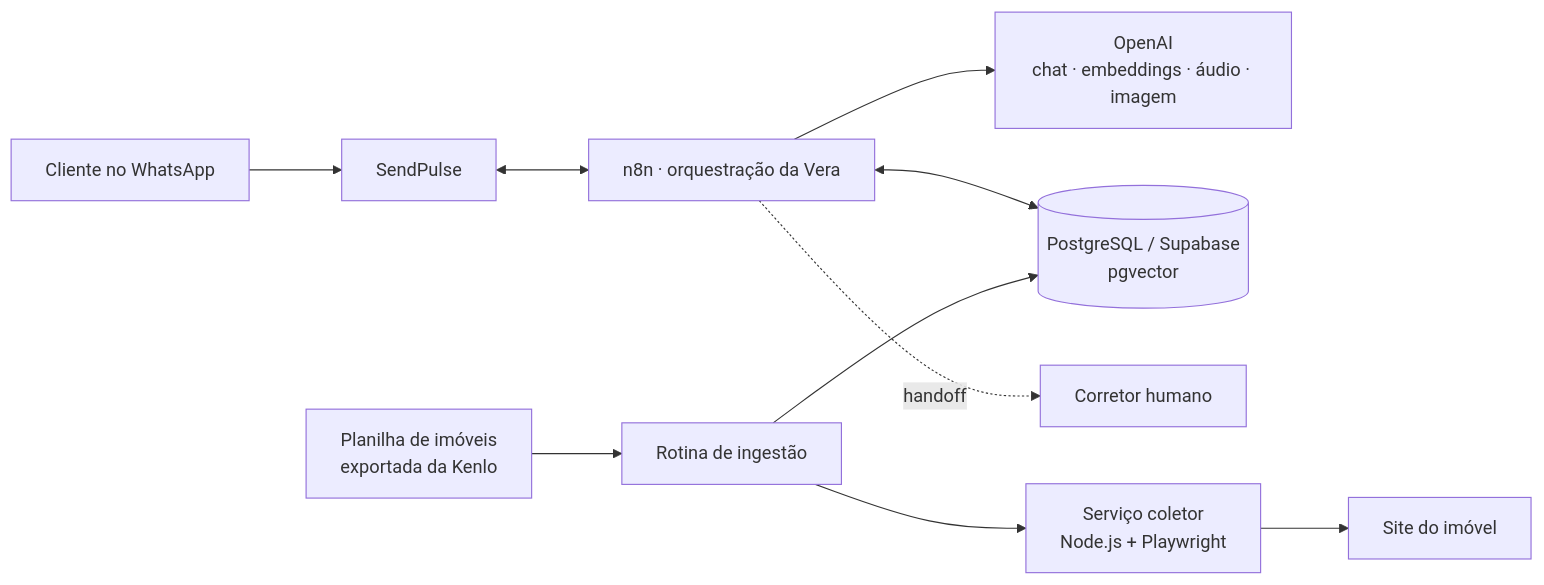
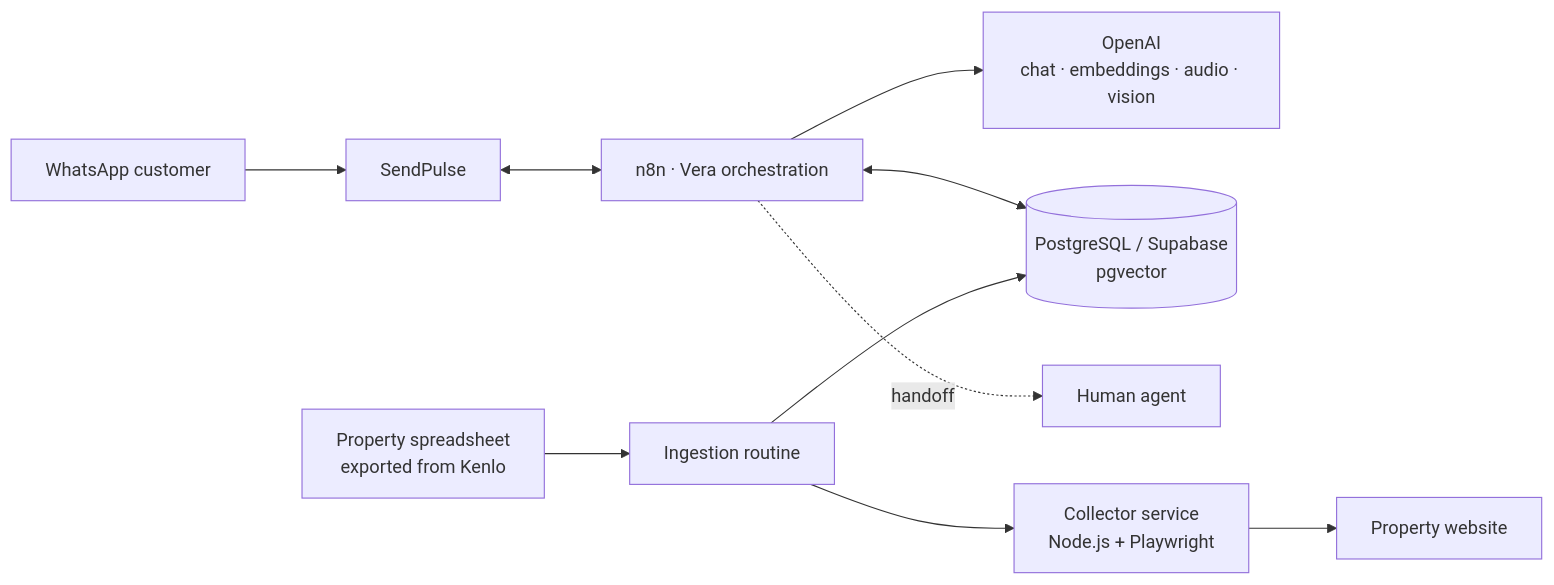
One commit to JoaoVitorCarvalhoPR/real-estate-ai-chatbot changed the diagram in README.md. Above: the diagram before and after it, drawn with Mermaid. The commit also changed other lines of this file, not shown here.

````diff
--- a/README.md
+++ b/README.md
@@ -17,14 +17,14 @@
 ```mermaid
 flowchart LR
-    WA[Cliente no WhatsApp] --> SP[SendPulse]
-    SP <--> N8N[n8n · orquestração da Vera]
+    WA[WhatsApp customer] --> SP[SendPulse]
+    SP <--> N8N[n8n · Vera orchestration]
 
-    N8N --> LLM[OpenAI\nchat · embeddings · áudio · imagem]
+    N8N --> LLM[OpenAI\nchat · embeddings · audio · vision]
     N8N <--> DB[(PostgreSQL / Supabase\npgvector)]
-    N8N -.handoff.-> HUM[Corretor humano]
+    N8N -.handoff.-> HUM[Human agent]
 
-    SHEET[Planilha de imóveis\nexportada da Kenlo] --> ING[Rotina de ingestão]
-    ING --> COL[Serviço coletor\nNode.js + Playwright]
-    COL --> SITE[Site do imóvel]
+    SHEET[Property spreadsheet\nexported from Kenlo] --> ING[Ingestion routine]
+    ING --> COL[Collector service\nNode.js + Playwright]
+    COL --> SITE[Property website]
     ING --> DB
 ```
````
